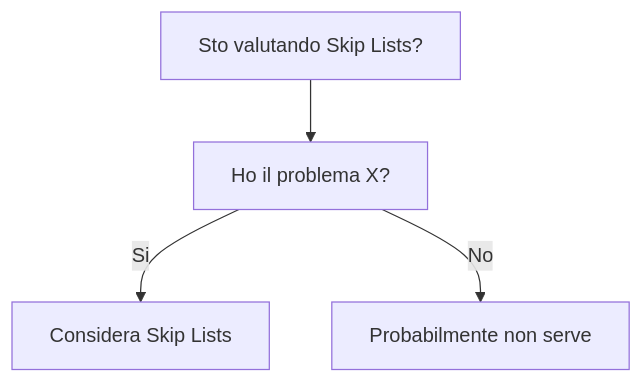
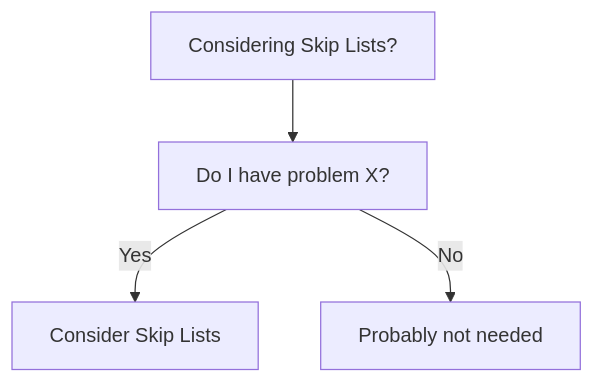
Before and after one commit to HxT9/Software-Dev-Wiki: the diagram in dev-wiki/15_Algorithms_DataStructures/Skip_Lists/When_To_Use.md, drawn with Mermaid. The commit also changed other lines of this file and 3444 other files, not shown here.

````diff
--- a/dev-wiki/15_Algorithms_DataStructures/Skip_Lists/When_To_Use.md
+++ b/dev-wiki/15_Algorithms_DataStructures/Skip_Lists/When_To_Use.md
@@ -19,6 +19,6 @@
 ```mermaid
 flowchart TD
-  Q[Sto valutando Skip Lists?] --> Q1[Ho il problema X?]
-  Q1 -->|Si| OK[Considera Skip Lists]
-  Q1 -->|No| NO[Probabilmente non serve]
+  Q[Considering Skip Lists?] --> Q1[Do I have problem X?]
+  Q1 -->|Yes| OK[Consider Skip Lists]
+  Q1 -->|No| NO[Probably not needed]
 ```
````
